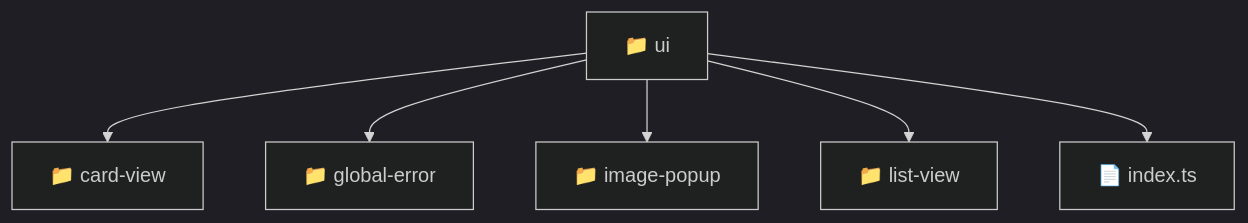
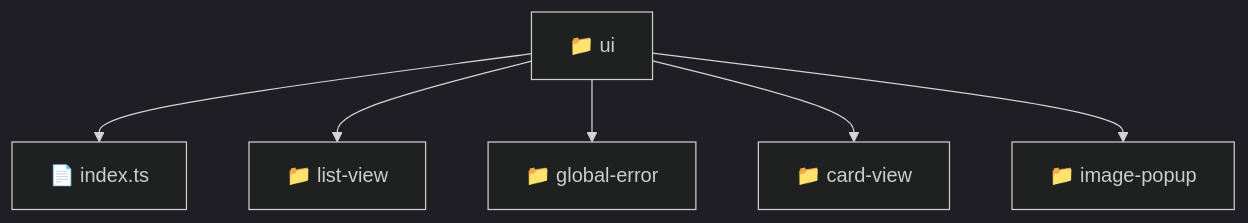
Before and after one commit to beginwebdev2002/fullstack-mavluda: the diagram in frontend/src/shared/ui/README.md, drawn with Mermaid (dark theme). The commit also changed other lines of this file and 166 other files, not shown here.

First line of the commit message:
docs: generate repository-wide architectural README files

````diff
--- a/frontend/src/shared/ui/README.md
+++ b/frontend/src/shared/ui/README.md
@@ -11,9 +11,14 @@
 ```mermaid
 graph TD
-  Root["📁 ui"]
-  Root --> card-view["📁 card-view"]
-  Root --> global-error["📁 global-error"]
-  Root --> image-popup["📁 image-popup"]
-  Root --> list-view["📁 list-view"]
-  Root --> index_ts["📄 index.ts"]
+  f_Root_ui["📁 ui"]
+  f_index_ts["📄 index.ts"]
+  f_Root_ui --> f_index_ts
+  f_Dir_list_view["📁 list-view"]
+  f_Root_ui --> f_Dir_list_view
+  f_Dir_global_error["📁 global-error"]
+  f_Root_ui --> f_Dir_global_error
+  f_Dir_card_view["📁 card-view"]
+  f_Root_ui --> f_Dir_card_view
+  f_Dir_image_popup["📁 image-popup"]
+  f_Root_ui --> f_Dir_image_popup
 ```
````
